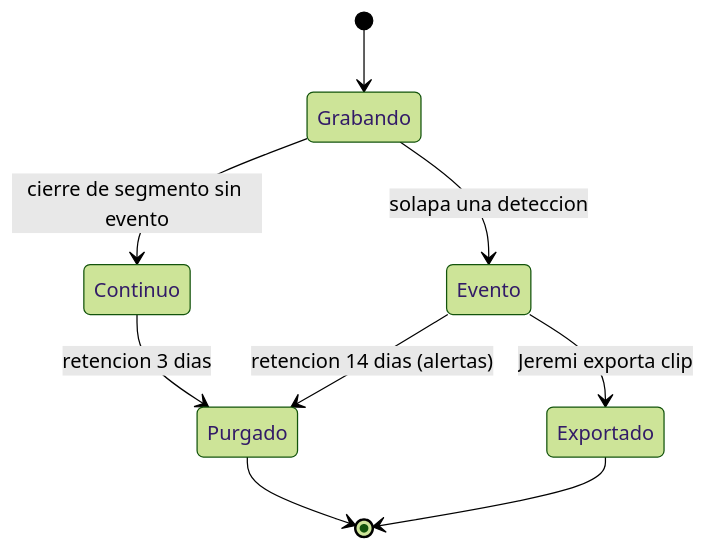
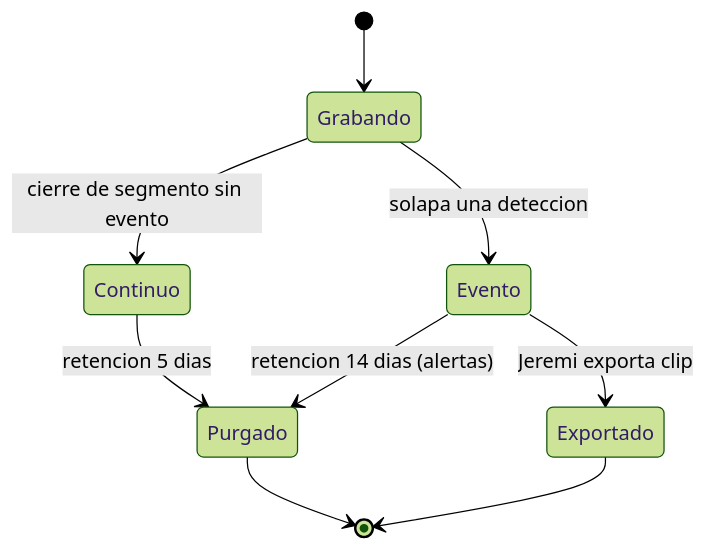
Before and after one commit to higerotech/fenrir: the third of 4 diagrams in docs/02-design/architecture.md, drawn with Mermaid (forest theme). The commit also changed 13 other files, not shown here.

````diff
--- a/docs/02-design/architecture.md
+++ b/docs/02-design/architecture.md
@@ -78,11 +78,11 @@
 ```mermaid
 stateDiagram-v2
     [*] --> Grabando
     Grabando --> Continuo: cierre de segmento sin evento
     Grabando --> Evento: solapa una deteccion
-    Continuo --> Purgado: retencion 3 dias
+    Continuo --> Purgado: retencion 5 dias
     Evento --> Purgado: retencion 14 dias (alertas)
     Evento --> Exportado: Jeremi exporta clip
     Exportado --> [*]
     Purgado --> [*]
 ```
````
